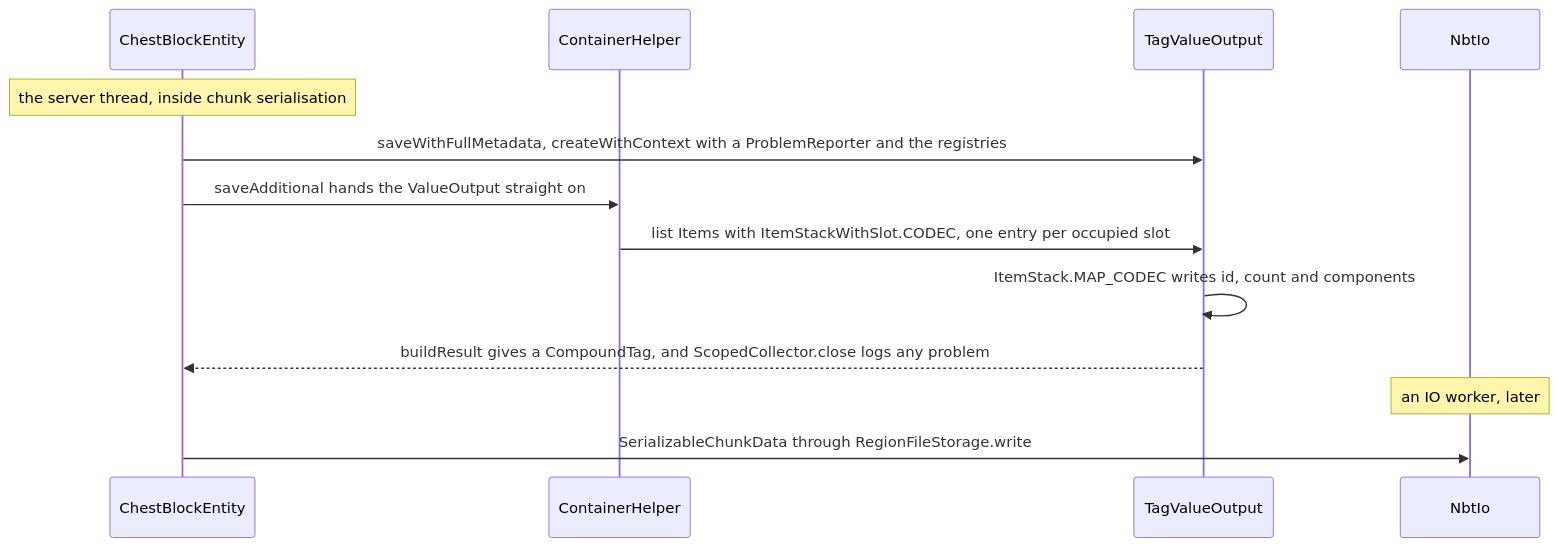
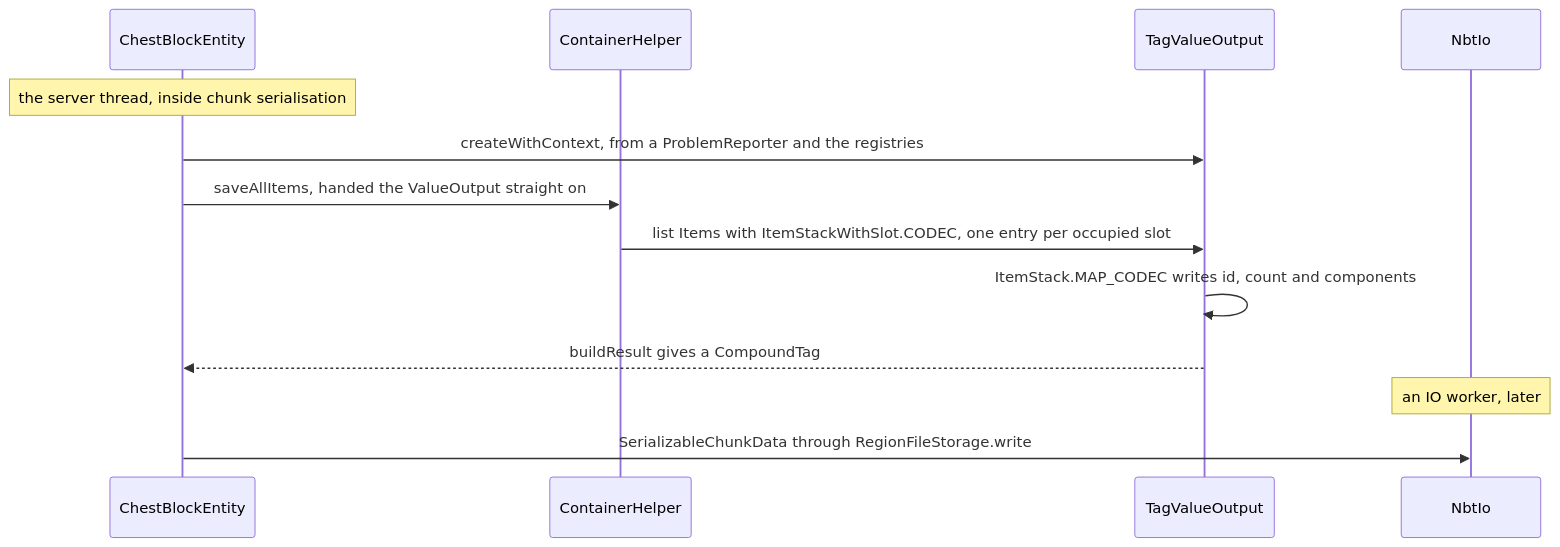
Before and after one commit to AlexanderjFraser/MinecraftDocs: the first of 4 diagrams in src/systems/foundations/codecs-nbt-json.md, drawn with Mermaid. The commit also changed other lines of this file and 14 other files, not shown here.

````diff
--- a/src/systems/foundations/codecs-nbt-json.md
+++ b/src/systems/foundations/codecs-nbt-json.md
@@ -52,16 +52,16 @@
 ```mermaid
 sequenceDiagram
     participant CBE as ChestBlockEntity
     participant CHelp as ContainerHelper
     participant TVO as TagValueOutput
     participant NbtIo as NbtIo
 
     Note over CBE: the server thread, inside chunk serialisation
-    CBE->>TVO: saveWithFullMetadata, createWithContext with a ProblemReporter and the registries
-    CBE->>CHelp: saveAdditional hands the ValueOutput straight on
+    CBE->>TVO: createWithContext, from a ProblemReporter and the registries
+    CBE->>CHelp: saveAllItems, handed the ValueOutput straight on
     CHelp->>TVO: list Items with ItemStackWithSlot.CODEC, one entry per occupied slot
     TVO->>TVO: ItemStack.MAP_CODEC writes id, count and components
-    TVO-->>CBE: buildResult gives a CompoundTag, and ScopedCollector.close logs any problem
+    TVO-->>CBE: buildResult gives a CompoundTag
     Note over NbtIo: an IO worker, later
     CBE->>NbtIo: SerializableChunkData through RegionFileStorage.write
 ```
````
